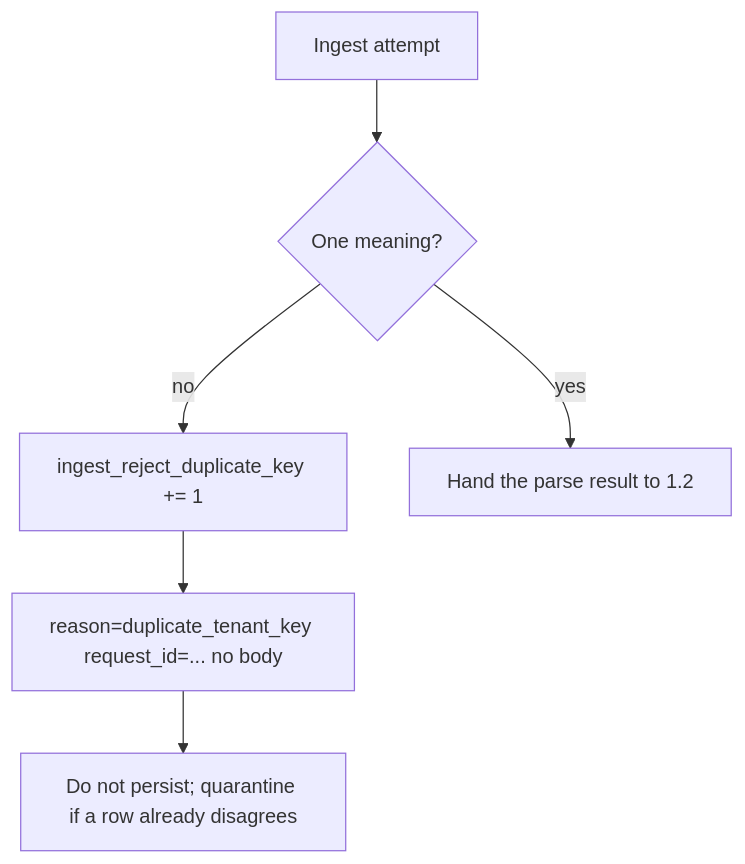
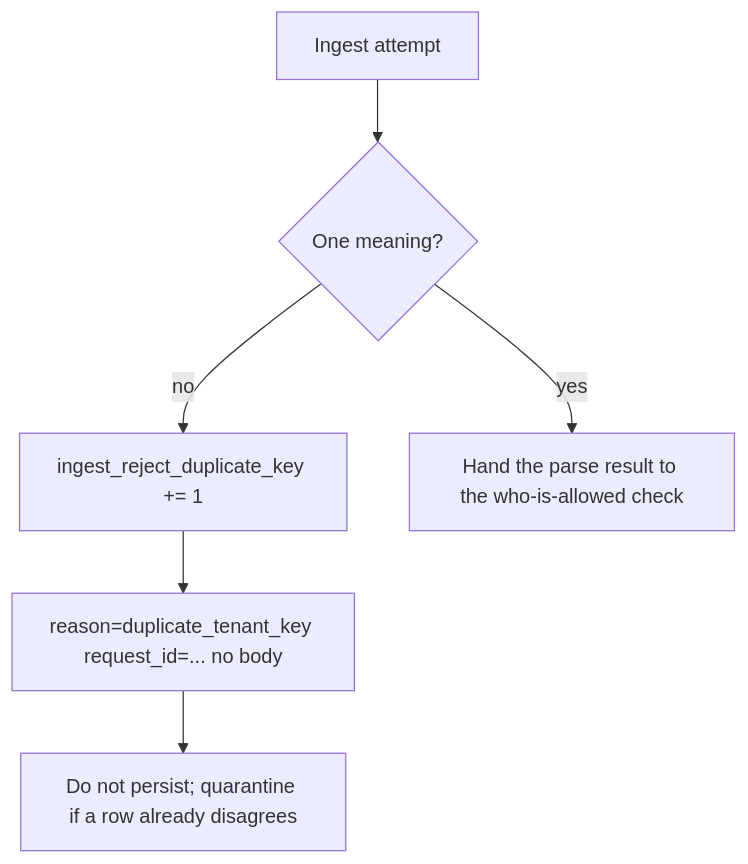
Before and after one commit to ishitvagoel/LearnSecurity: the diagram in content/modules/2/2.1/lessons/06-operate.md, drawn with Mermaid. The commit also changed other lines of this file and 44 other files, not shown here.

````diff
--- a/content/modules/2/2.1/lessons/06-operate.md
+++ b/content/modules/2/2.1/lessons/06-operate.md
@@ -13,8 +12,8 @@
 ```mermaid
 flowchart TD
   Ingest[Ingest attempt] --> Decision{One meaning?}
-  Decision -->|no| Metric["ingest_reject_duplicate_key += 1"]
-  Metric --> Log["reason=duplicate_tenant_key request_id=... no body"]
+  Decision -->|no| Metric[ingest_reject_duplicate_key += 1]
+  Metric --> Log[reason=duplicate_tenant_key request_id=... no body]
   Log --> Quarantine[Do not persist; quarantine if a row already disagrees]
-  Decision -->|yes| Mediate["Hand the parse result to 1.2"]
+  Decision -->|yes| Mediate[Hand the parse result to the who-is-allowed check]
 ```
````
